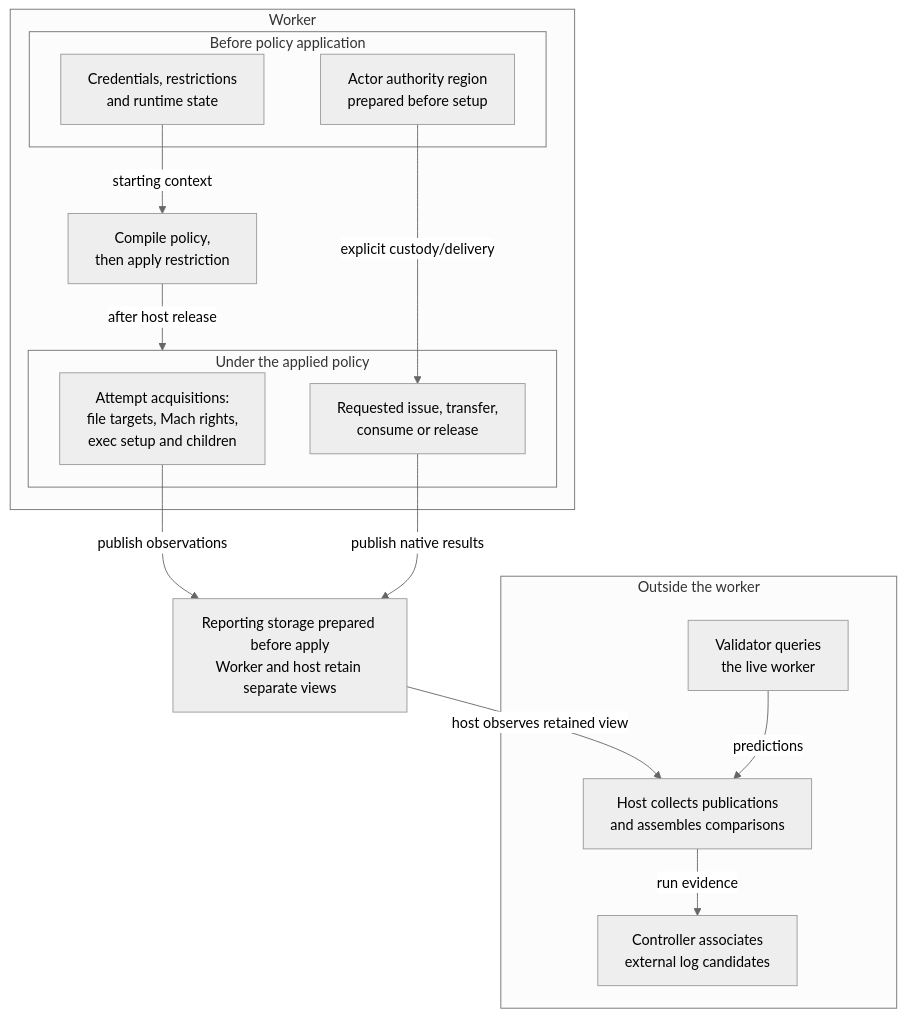
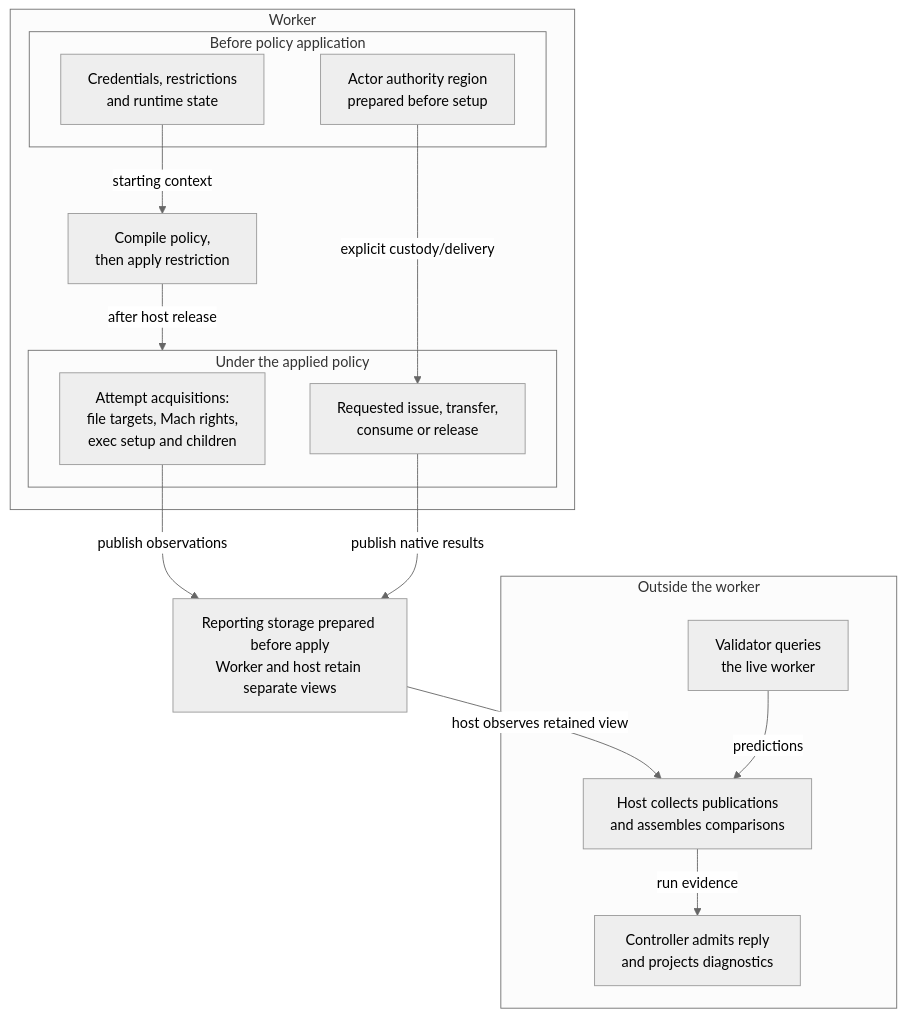
One commit to Protonk/PolicyWitness changed the diagram in docs/WORKER.md. Above: the diagram before and after it, drawn with Mermaid (neutral theme). The commit also changed other lines of this file and 19 other files, not shown here.

Commit message:
Document controller authority and enforce complete control diagnostics

````diff
--- a/docs/WORKER.md
+++ b/docs/WORKER.md
@@ -24,28 +25,28 @@
 ```mermaid
 flowchart TB
     subgraph worker["Worker"]
         subgraph before["Before policy application"]
             context["Credentials, restrictions<br/>and runtime state"]
             token["Actor authority region<br/>prepared before setup"]
         end
         policy["Compile policy,<br/>then apply restriction"]
         context -->|starting context| policy
         subgraph after["Under the applied policy"]
             acquire["Attempt acquisitions:<br/>file targets, Mach rights,<br/>exec setup and children"]
             extension["Requested issue, transfer,<br/>consume or release"]
         end
         policy -->|after host release| after
         token -->|explicit custody/delivery| extension
     end
     storage["Reporting storage prepared before apply<br/>Worker and host retain separate views"]
     subgraph outside["Outside the worker"]
         validator["Validator queries<br/>the live worker"]
         host["Host collects publications<br/>and assembles comparisons"]
-        controller["Controller associates<br/>external log candidates"]
+        controller["Controller admits reply<br/>and projects diagnostics"]
     end
     acquire -->|publish observations| storage
     extension -->|publish native results| storage
     storage -->|host observes retained view| host
     validator -->|predictions| host
     host -->|run evidence| controller
 ```
````
